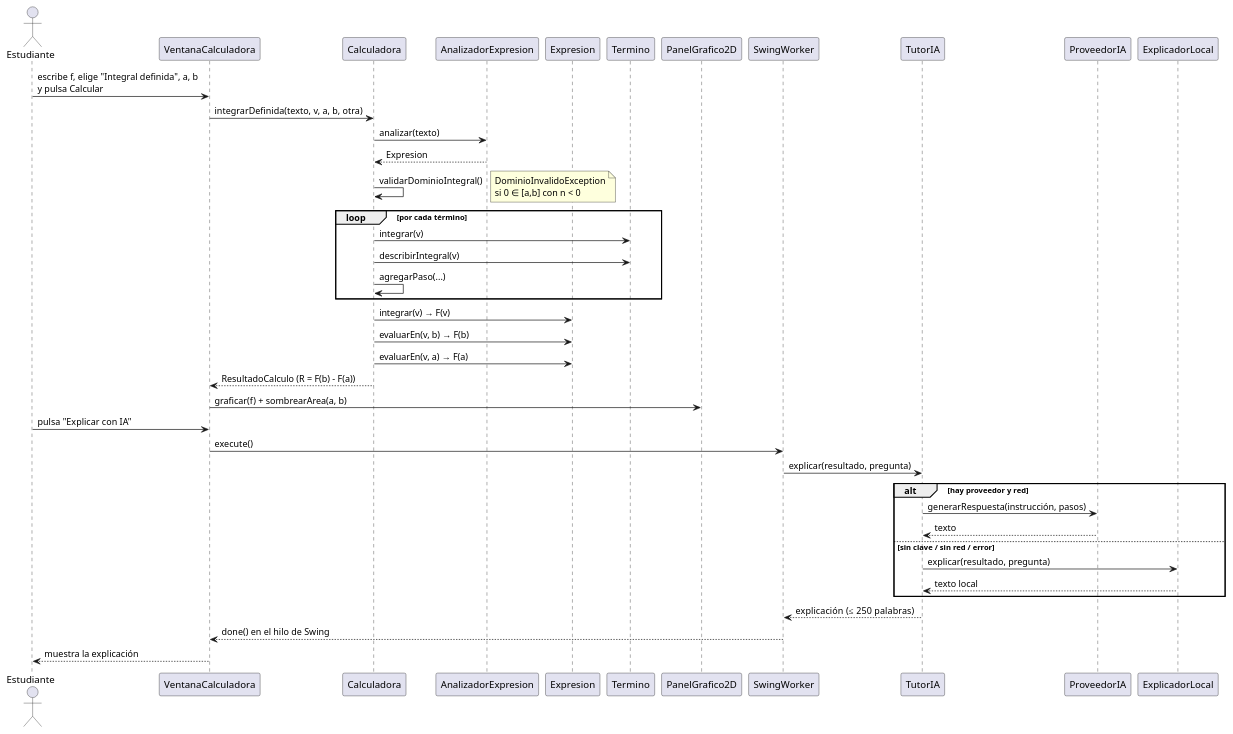
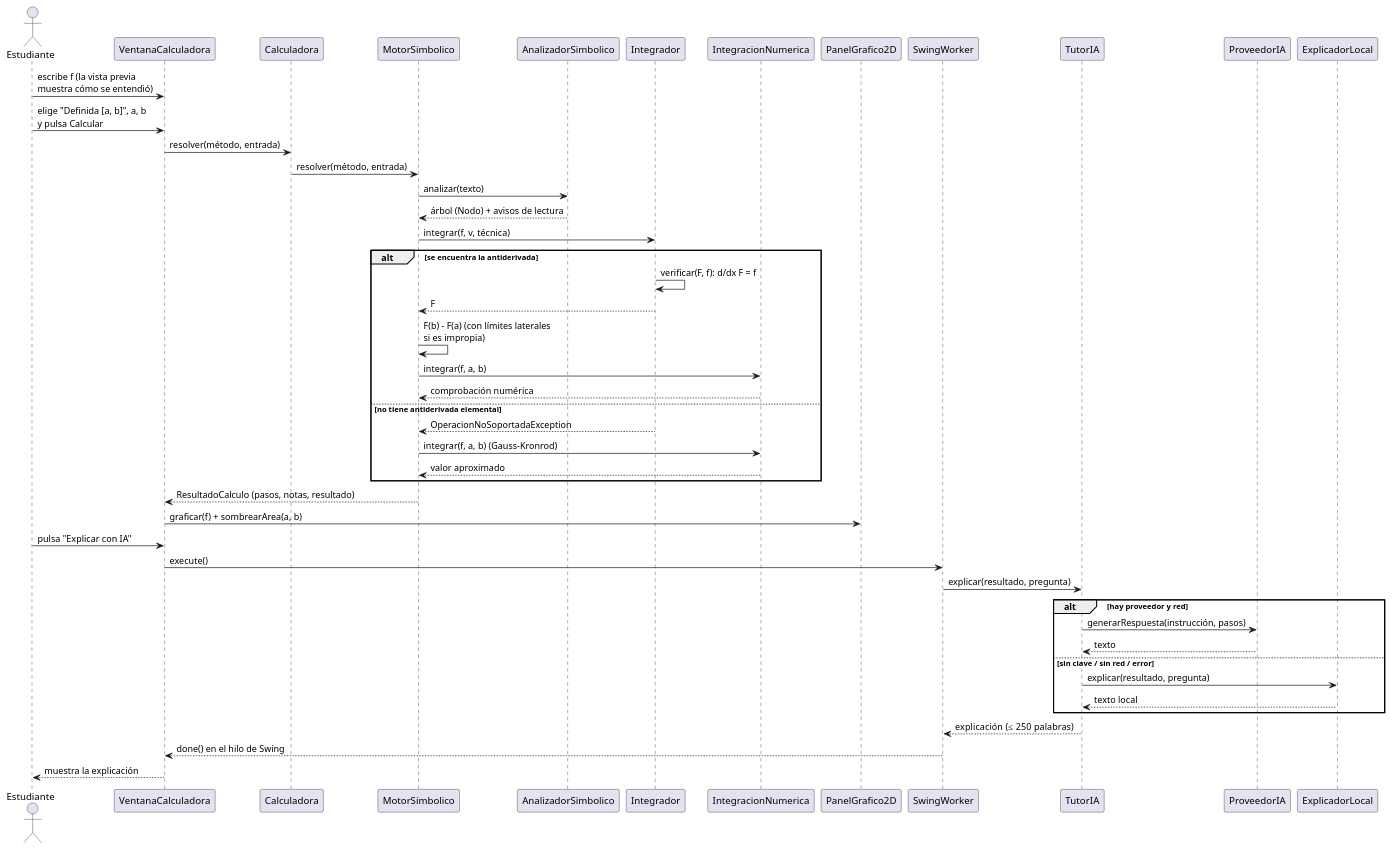
The diagram in docs/uml/secuencia_integral_definida.puml (rodry2045-bot/Calculadora-Java), drawn with PlantUML before and after one commit. The commit also changed 40 other files, not shown here.

```diff
--- a/docs/uml/secuencia_integral_definida.puml
+++ b/docs/uml/secuencia_integral_definida.puml
@@ -1,45 +1,50 @@
 @startuml secuencia_integral_definida
 ' Secuencia: el usuario calcula una integral definida y pide la explicación a la IA
 actor Estudiante
 participant VentanaCalculadora as V
 participant Calculadora as C
-participant AnalizadorExpresion as A
-participant Expresion as E
-participant Termino as T
+participant MotorSimbolico as M
+participant AnalizadorSimbolico as A
+participant Integrador as I
+participant IntegracionNumerica as N
 participant PanelGrafico2D as G
 participant "SwingWorker" as W
 participant TutorIA as IA
 participant ProveedorIA as P
 participant ExplicadorLocal as L
 
-Estudiante -> V : escribe f, elige "Integral definida", a, b\ny pulsa Calcular
-V -> C : integrarDefinida(texto, v, a, b, otra)
-C -> A : analizar(texto)
-A --> C : Expresion
-C -> C : validarDominioIntegral()
-note right: DominioInvalidoException\nsi 0 ∈ [a,b] con n < 0
-loop por cada término
-  C -> T : integrar(v)
-  C -> T : describirIntegral(v)
-  C -> C : agregarPaso(...)
+Estudiante -> V : escribe f (la vista previa\nmuestra cómo se entendió)
+Estudiante -> V : elige "Definida [a, b]", a, b\ny pulsa Calcular
+V -> C : resolver(método, entrada)
+C -> M : resolver(método, entrada)
+M -> A : analizar(texto)
+A --> M : árbol (Nodo) + avisos de lectura
+M -> I : integrar(f, v, técnica)
+alt se encuentra la antiderivada
+  I -> I : verificar(F, f): d/dx F = f
+  I --> M : F
+  M -> M : F(b) - F(a) (con límites laterales\nsi es impropia)
+  M -> N : integrar(f, a, b)
+  N --> M : comprobación numérica
+else no tiene antiderivada elemental
+  I --> M : OperacionNoSoportadaException
+  M -> N : integrar(f, a, b) (Gauss-Kronrod)
+  N --> M : valor aproximado
 end
-C -> E : integrar(v) → F(v)
-C -> E : evaluarEn(v, b) → F(b)
-C -> E : evaluarEn(v, a) → F(a)
-C --> V : ResultadoCalculo (R = F(b) - F(a))
+M --> V : ResultadoCalculo (pasos, notas, resultado)
 V -> G : graficar(f) + sombrearArea(a, b)
 
 Estudiante -> V : pulsa "Explicar con IA"
 V -> W : execute()
 W -> IA : explicar(resultado, pregunta)
 alt hay proveedor y red
   IA -> P : generarRespuesta(instrucción, pasos)
   P --> IA : texto
 else sin clave / sin red / error
   IA -> L : explicar(resultado, pregunta)
   L --> IA : texto local
 end
 IA --> W : explicación (≤ 250 palabras)
 W --> V : done() en el hilo de Swing
 V --> Estudiante : muestra la explicación
 @enduml
```
